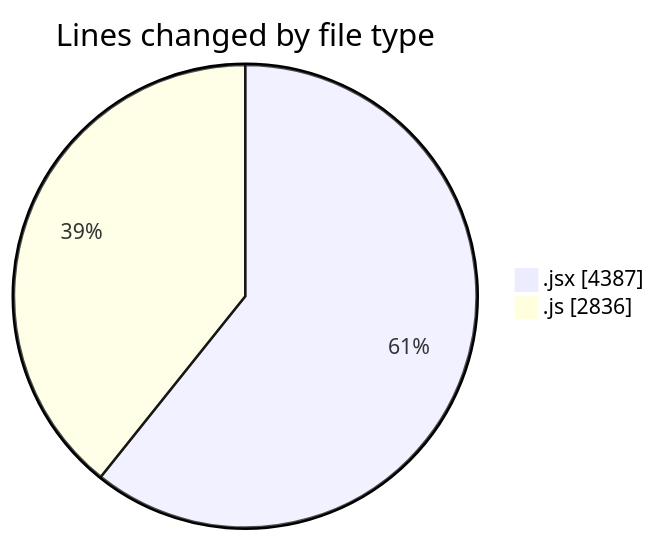
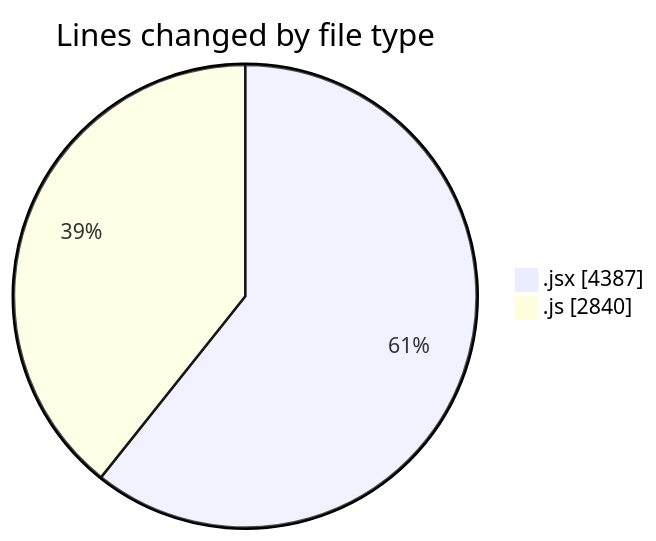
Before and after one commit to nxtqubesakshisongat/code-tracking: the first of 2 diagrams in 2025-09-23/nxtqube_webapp/README.md, drawn with Mermaid. The commit also changed other lines of this file and 1 other file, not shown here.

````diff
--- a/2025-09-23/nxtqube_webapp/README.md
+++ b/2025-09-23/nxtqube_webapp/README.md
@@ -23,6 +23,6 @@
 ```mermaid
 pie showData
 title Lines changed by file type
 ".jsx" : 4387
-".js" : 2836
+".js" : 2840
 ```
````
